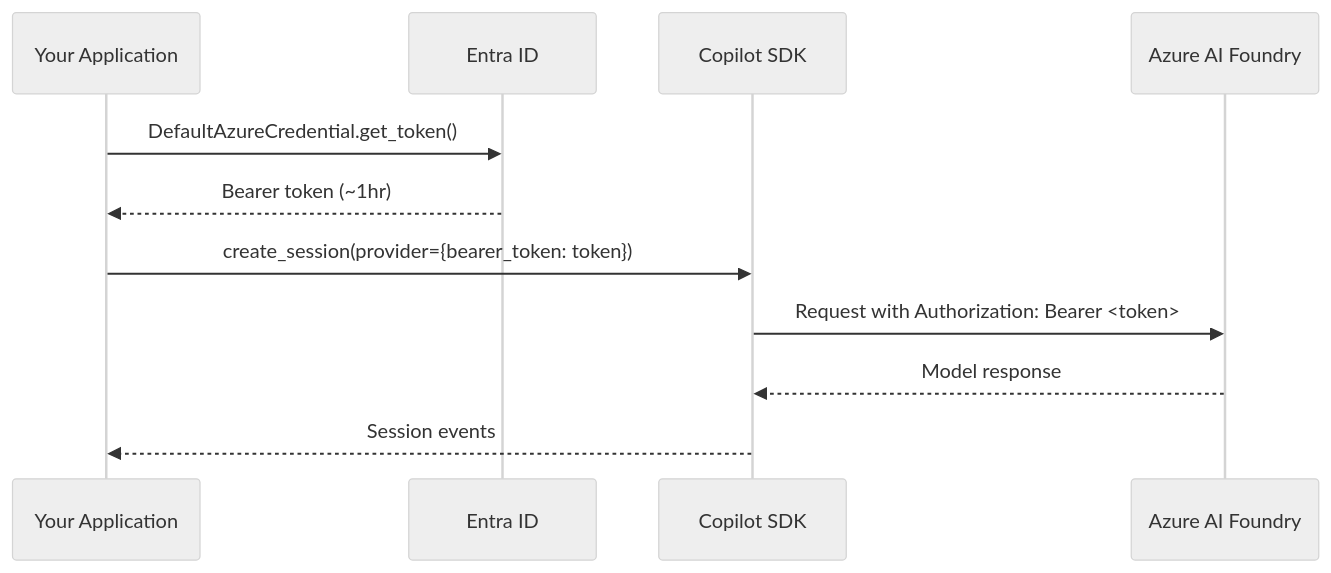
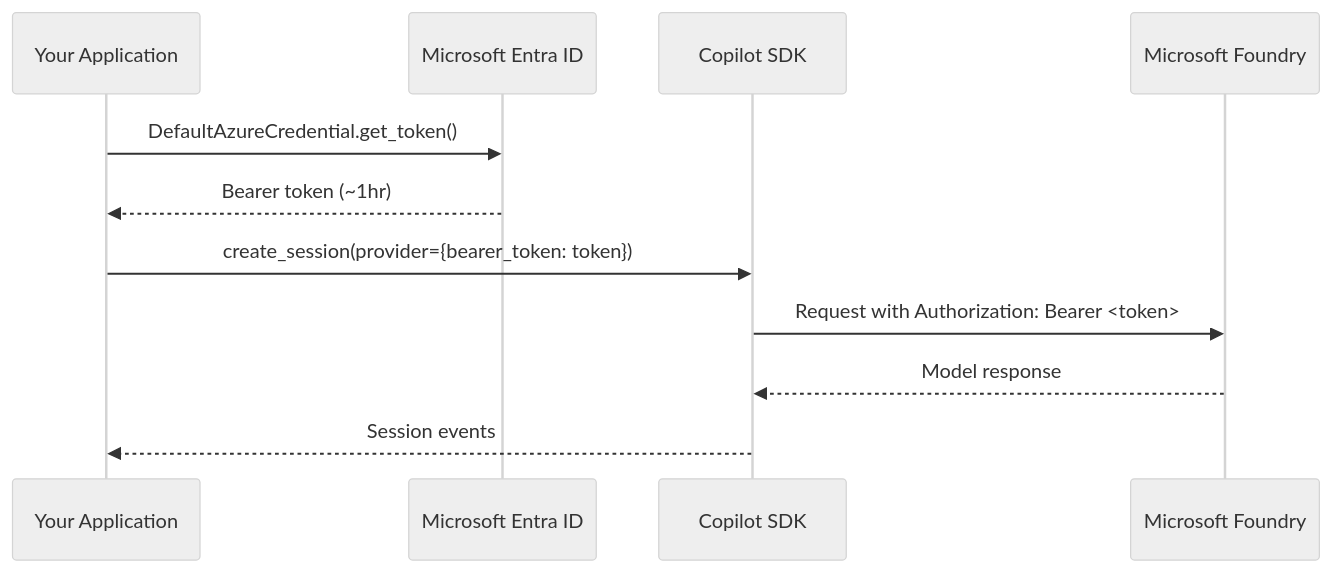
Before and after one commit to github/copilot-sdk: the diagram in docs/setup/azure-managed-identity.md, drawn with Mermaid (neutral theme). The commit also changed other lines of this file, not shown here.

First line of the commit message:
Update Azure managed identity docs (#1712)

````diff
--- a/docs/setup/azure-managed-identity.md
+++ b/docs/setup/azure-managed-identity.md
@@ -15,14 +15,14 @@
 ```mermaid
 sequenceDiagram
     participant App as Your Application
-    participant AAD as Entra ID
+    participant MEID as Microsoft Entra ID
     participant SDK as Copilot SDK
-    participant Foundry as Azure AI Foundry
+    participant Foundry as Microsoft Foundry
 
-    App->>AAD: DefaultAzureCredential.get_token()
-    AAD-->>App: Bearer token (~1hr)
+    App->>MEID: DefaultAzureCredential.get_token()
+    MEID-->>App: Bearer token (~1hr)
     App->>SDK: create_session(provider={bearer_token: token})
     SDK->>Foundry: Request with Authorization: Bearer <token>
     Foundry-->>SDK: Model response
     SDK-->>App: Session events
 ```
````
